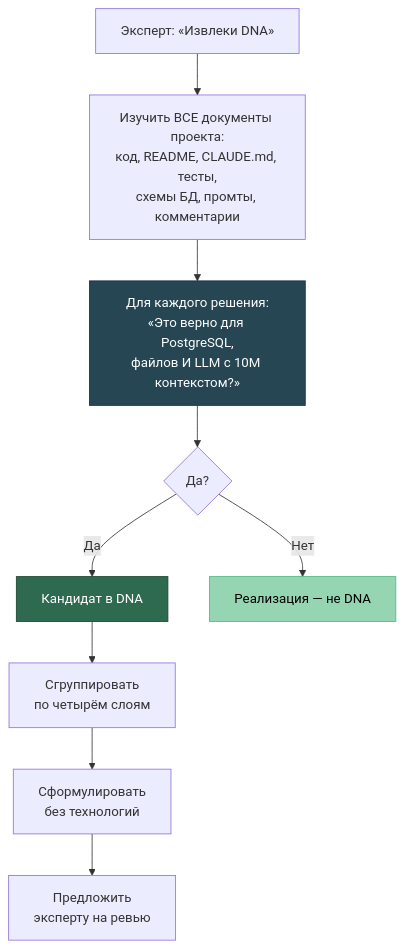
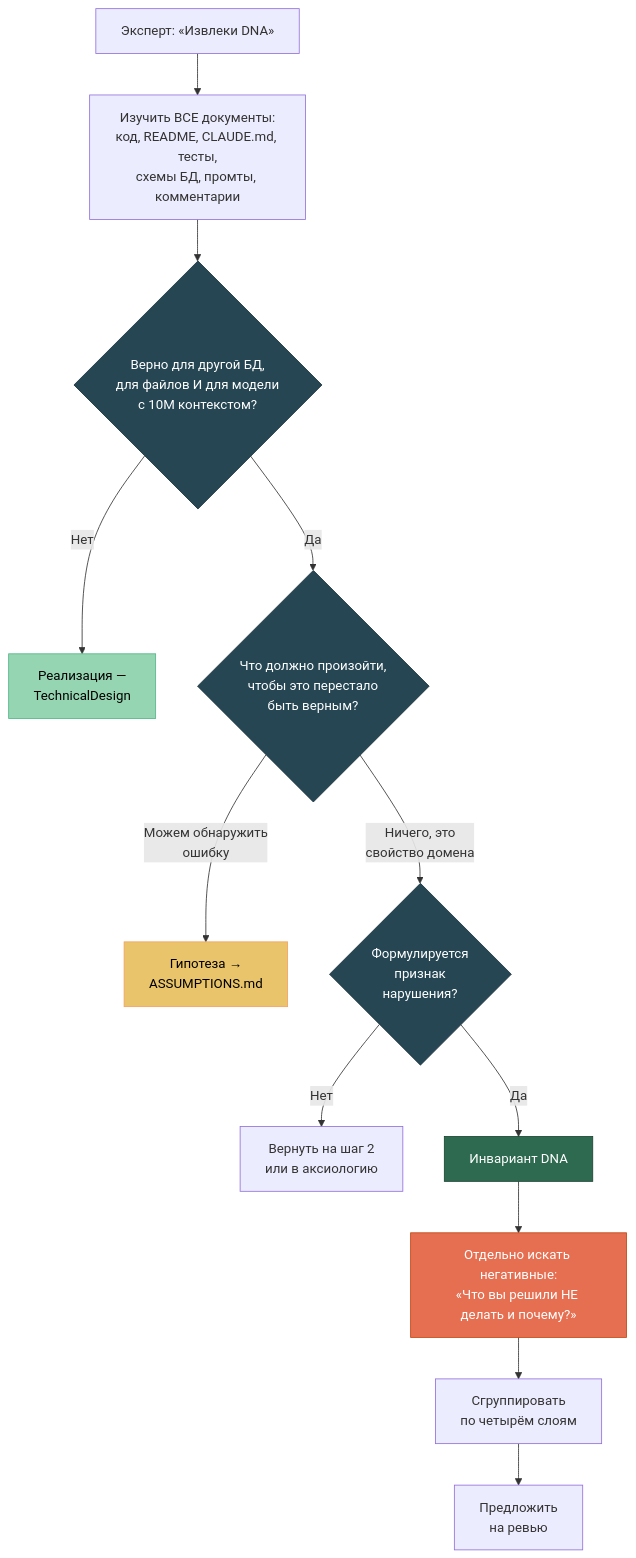
Before and after one commit to SizovOleg/project-dna: the fourth of 8 diagrams in docs/modes-ru.md, drawn with Mermaid. The commit also changed other lines of this file and 9 other files, not shown here.

````diff
--- a/docs/modes-ru.md
+++ b/docs/modes-ru.md
@@ -153,22 +219,29 @@
 ```mermaid
 flowchart TD
     START["Эксперт: «Извлеки DNA»"]
-    
-    START --> STUDY["Изучить ВСЕ документы проекта:<br/>код, README, CLAUDE.md, тесты,<br/>схемы БД, промты, комментарии"]
-    
-    STUDY --> FILTER["Для каждого решения:<br/>«Это верно для PostgreSQL,<br/>файлов И LLM с 10M контекстом?»"]
-    
-    FILTER --> Q{"Да?"}
-    Q -->|Да| DNA_CANDIDATE["Кандидат в DNA"]
-    Q -->|Нет| IMPL["Реализация — не DNA"]
-    
-    DNA_CANDIDATE --> GROUP["Сгруппировать<br/>по четырём слоям"]
-    
-    GROUP --> FORMULATE["Сформулировать<br/>без технологий"]
-    
-    FORMULATE --> REVIEW["Предложить<br/>эксперту на ревью"]
 
-    style FILTER fill:#264653,stroke:#1a323d,color:#fff
-    style DNA_CANDIDATE fill:#2d6a4f,stroke:#1b4332,color:#fff
+    START --> STUDY["Изучить ВСЕ документы:<br/>код, README, CLAUDE.md, тесты,<br/>схемы БД, промты, комментарии"]
+
+    STUDY --> F1{"Верно для другой БД,<br/>для файлов И для модели<br/>с 10M контекстом?"}
+    F1 -->|"Нет"| IMPL["Реализация —<br/>TechnicalDesign"]
+    F1 -->|"Да"| F2{"Что должно произойти,<br/>чтобы это перестало<br/>быть верным?"}
+
+    F2 -->|"Можем обнаружить<br/>ошибку"| HYP["Гипотеза →<br/>ASSUMPTIONS.md"]
+    F2 -->|"Ничего, это<br/>свойство домена"| F3{"Формулируется<br/>признак<br/>нарушения?"}
+
+    F3 -->|"Нет"| BACK["Вернуть на шаг 2<br/>или в аксиологию"]
+    F3 -->|"Да"| DNA_C["Инвариант DNA"]
+
+    DNA_C --> NEG["Отдельно искать негативные:<br/>«Что вы решили НЕ делать и почему?»"]
+
+    NEG --> GROUP["Сгруппировать<br/>по четырём слоям"]
+    GROUP --> REVIEW["Предложить<br/>на ревью"]
+
+    style F1 fill:#264653,stroke:#1a323d,color:#fff
+    style F2 fill:#264653,stroke:#1a323d,color:#fff
+    style F3 fill:#264653,stroke:#1a323d,color:#fff
+    style DNA_C fill:#2d6a4f,stroke:#1b4332,color:#fff
+    style HYP fill:#e9c46a,stroke:#f4a261,color:#000
+    style NEG fill:#e76f51,stroke:#c1440e,color:#fff
     style IMPL fill:#95d5b2,stroke:#52b788,color:#000
 ```
````
